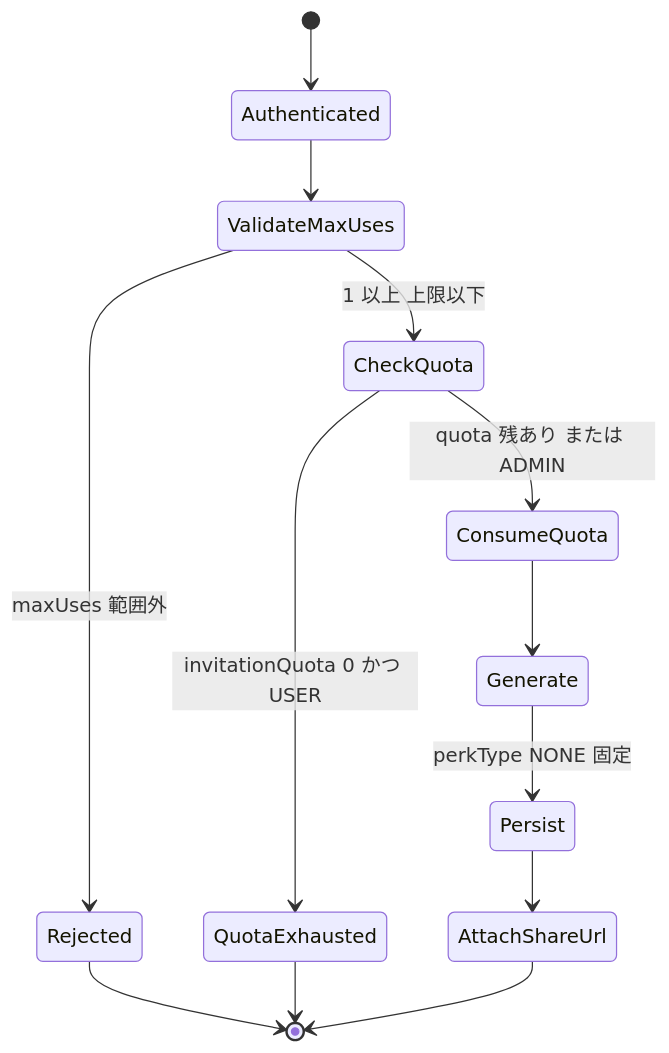
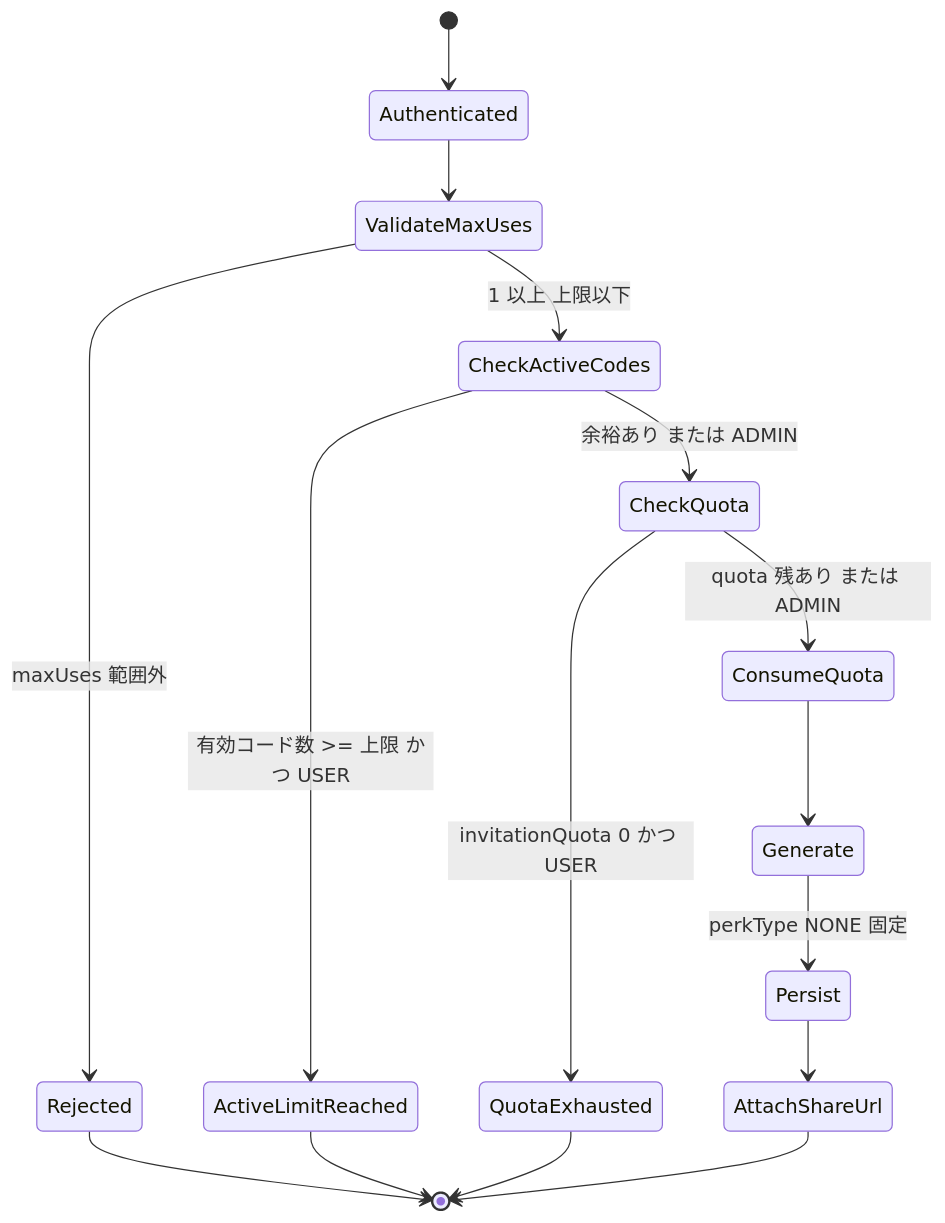
Before and after one commit to mosakuzii0216/mosaku-v1: the second of 5 diagrams in .kiro/specs/invitation-perks/design.md, drawn with Mermaid. The commit also changed other lines of this file and 11 other files, not shown here.

````diff
--- a/.kiro/specs/invitation-perks/design.md
+++ b/.kiro/specs/invitation-perks/design.md
@@ -118,15 +118,18 @@
 ```mermaid
 stateDiagram-v2
     [*] --> Authenticated
     Authenticated --> ValidateMaxUses
     ValidateMaxUses --> Rejected: maxUses 範囲外
-    ValidateMaxUses --> CheckQuota: 1 以上 上限以下
+    ValidateMaxUses --> CheckActiveCodes: 1 以上 上限以下
+    CheckActiveCodes --> ActiveLimitReached: 有効コード数 >= 上限 かつ USER
+    CheckActiveCodes --> CheckQuota: 余裕あり または ADMIN
     CheckQuota --> QuotaExhausted: invitationQuota 0 かつ USER
     CheckQuota --> ConsumeQuota: quota 残あり または ADMIN
     ConsumeQuota --> Generate
     Generate --> Persist: perkType NONE 固定
     Persist --> AttachShareUrl
     AttachShareUrl --> [*]
     Rejected --> [*]
+    ActiveLimitReached --> [*]
     QuotaExhausted --> [*]
 ```
````
